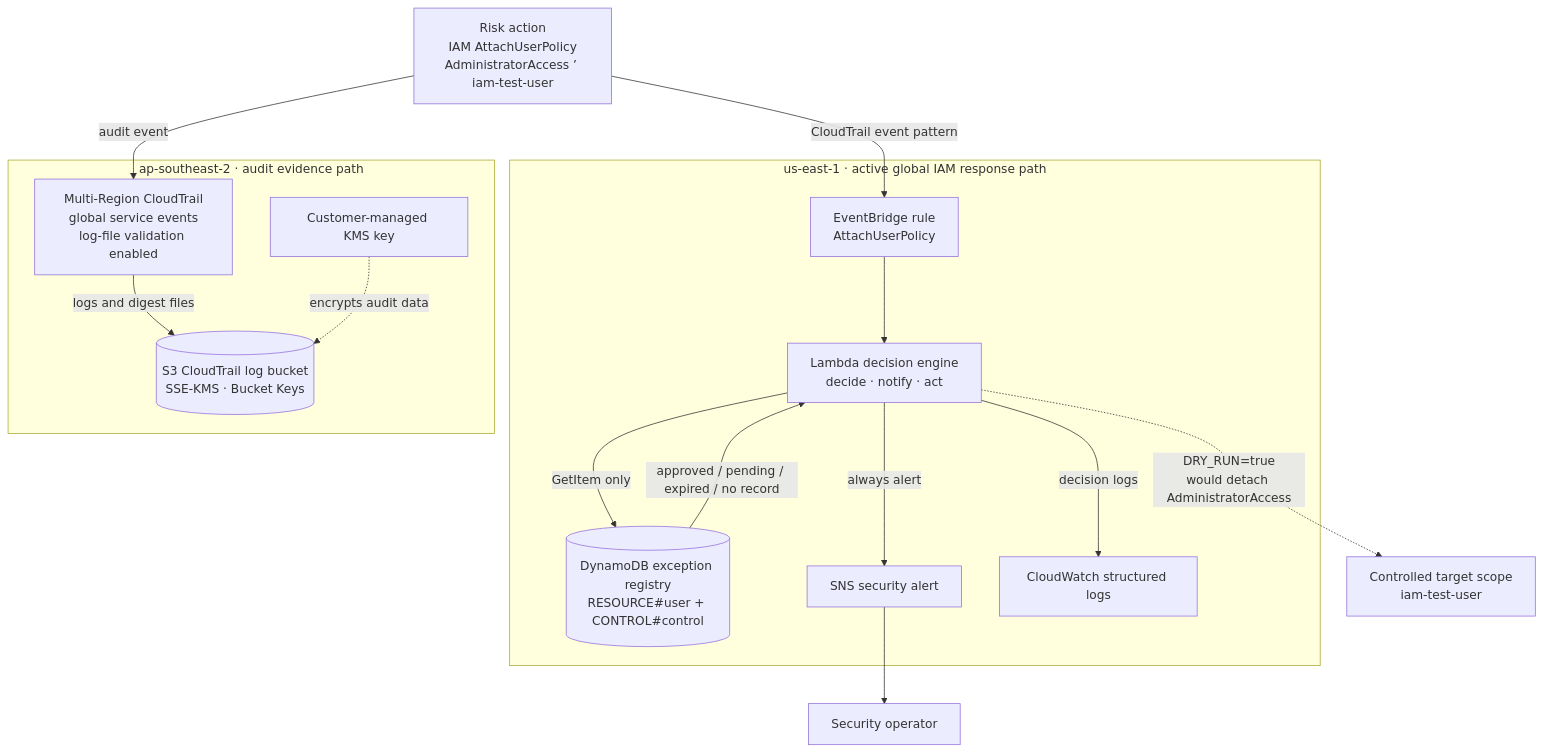
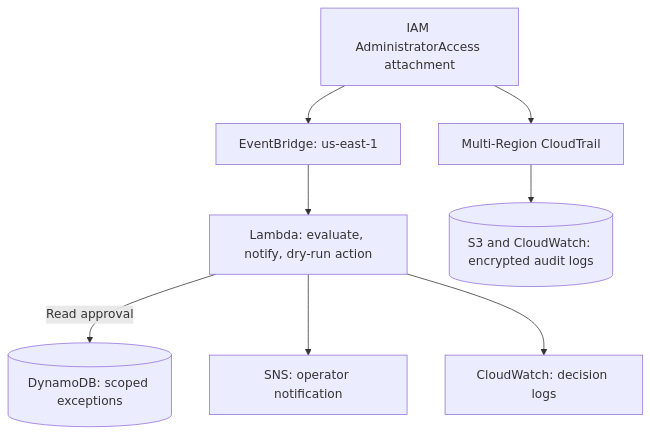
One commit to Luekrit/Cloud-Security-Automation changed the diagram in README.md. Above: the diagram before and after it, drawn with Mermaid. The commit also changed other lines of this file and 9 other files, not shown here.

````diff
--- a/README.md
+++ b/README.md
@@ -71,37 +17,18 @@
 ```mermaid
 flowchart TB
-    API["Risk action<br/>IAM AttachUserPolicy<br/>AdministratorAccess ’ iam-test-user"]
-
-    subgraph USE1["us-east-1 · active global IAM response path"]
-        EB["EventBridge rule<br/>AttachUserPolicy"]
-        LAM["Lambda decision engine<br/>decide · notify · act"]
-        DDB[("DynamoDB exception registry<br/>RESOURCE#user + CONTROL#control")]
-        SNS["SNS security alert"]
-        CW["CloudWatch structured logs"]
-    end
-
-    subgraph APSE2["ap-southeast-2 · audit evidence path"]
-        CT["Multi-Region CloudTrail<br/>global service events<br/>log-file validation enabled"]
-        S3[("S3 CloudTrail log bucket<br/>SSE-KMS · Bucket Keys")]
-        KMS["Customer-managed KMS key"]
-    end
-
-    TARGET["Controlled target scope<br/>iam-test-user"]
-    OPS["Security operator"]
-
-    API -->|"CloudTrail event pattern"| EB
-    API -->|"audit event"| CT
-    EB --> LAM
-
-    LAM -->|"GetItem only"| DDB
-    DDB -->|"approved / pending / expired / no record"| LAM
-
-    LAM -->|"always alert"| SNS
-    LAM -->|"decision logs"| CW
-    SNS --> OPS
-
-    LAM -.->|"DRY_RUN=true<br/>would detach AdministratorAccess"| TARGET
-
-    CT -->|"logs and digest files"| S3
-    KMS -.->|"encrypts audit data"| S3
+    EVENT["IAM AdministratorAccess attachment"]
+    EB["EventBridge: us-east-1"]
+    LAMBDA["Lambda: evaluate, notify, dry-run action"]
+    DDB[("DynamoDB: scoped exceptions")]
+    SNS["SNS: operator notification"]
+    LOGS["CloudWatch: decision logs"]
+    CT["Multi-Region CloudTrail"]
+    AUDIT[("S3 and CloudWatch: encrypted audit logs")]
+    EVENT --> EB
+    EB --> LAMBDA
+    LAMBDA -->|"Read approval"| DDB
+    LAMBDA --> SNS
+    LAMBDA --> LOGS
+    EVENT --> CT
+    CT --> AUDIT
 ```
````
